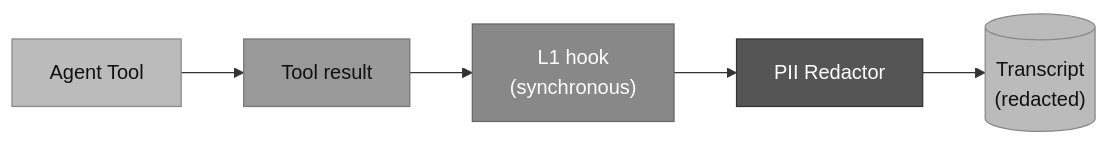
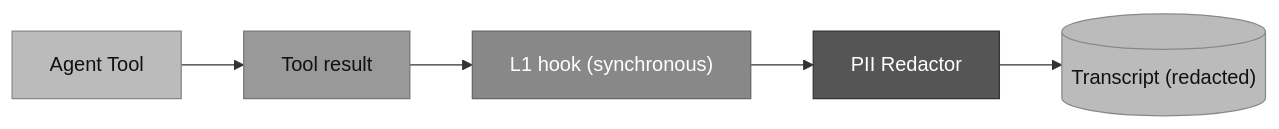
Before and after one commit to OpenObscure/OpenObscure: the eighth of 14 diagrams in ARCHITECTURE.md, drawn with Mermaid. The commit also changed other lines of this file and 1 other file, not shown here.

First line of the commit message:
Remove \n line breaks from mermaid flowchart labels

````diff
--- a/ARCHITECTURE.md
+++ b/ARCHITECTURE.md
@@ -298,14 +298,14 @@
 ```mermaid
 flowchart LR
     tool["Agent Tool"]
     tool --> result["Tool result"]
-    result --> hook["L1 hook\n(synchronous)"]
+    result --> hook["L1 hook (synchronous)"]
     hook --> redact["PII Redactor"]
-    redact --> persist[("Transcript\n(redacted)")]
+    redact --> persist[("Transcript (redacted)")]
 
     style tool fill:#bbb,stroke:#888,color:#111
     style result fill:#999,stroke:#777,color:#111
     style hook fill:#888,stroke:#666,color:#fff
     style redact fill:#555,stroke:#333,color:#fff
     style persist fill:#bbb,stroke:#888,color:#111
 ```
````
